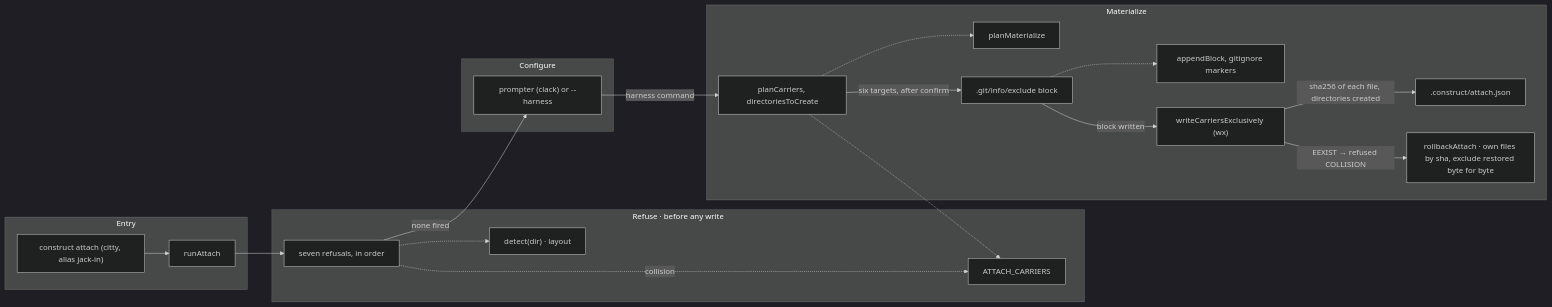
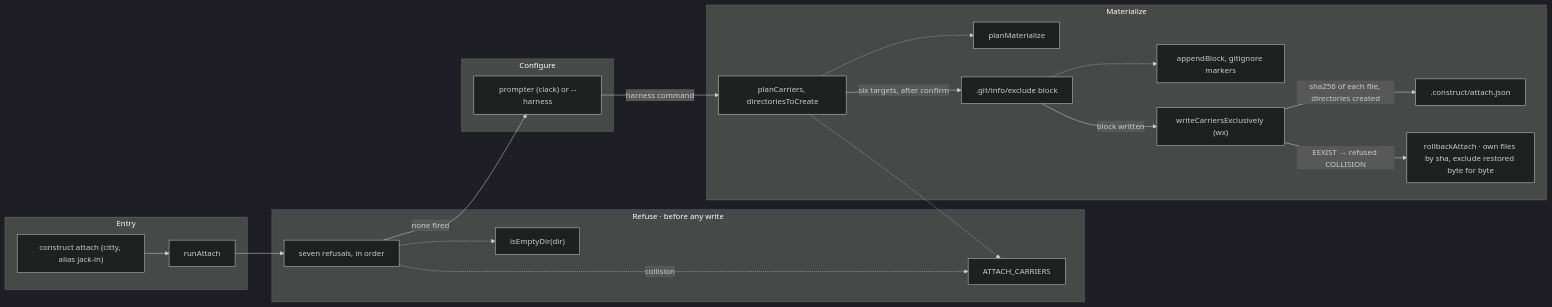
The diagram in architecture/attach.md (E1i/mikoshi-construct), drawn with Mermaid (dark theme) before and after one commit. The commit also changed 11 other files, not shown here.

````diff
--- a/architecture/attach.md
+++ b/architecture/attach.md
@@ -10,37 +10,37 @@
 ```mermaid
 flowchart LR
   subgraph b_entry["Entry"]
     cli["construct attach (citty, alias jack-in)"]
     run["runAttach"]
   end
   subgraph b_refuse["Refuse · before any write"]
     refusals["seven refusals, in order"]
-    detect["detect(dir) · layout"]
+    detect["isEmptyDir(dir)"]
     carrierset["ATTACH_CARRIERS"]
   end
   subgraph b_configure["Configure"]
     prompts["prompter (clack) or --harness"]
   end
   subgraph b_materialize["Materialize"]
     carriers["planCarriers, directoriesToCreate"]
     plan["planMaterialize"]
     exclude[".git/info/exclude block"]
     strategies["appendBlock, gitignore markers"]
     apply["writeCarriersExclusively (wx)"]
     record[".construct/attach.json"]
     rollback["rollbackAttach · own files by sha, exclude restored byte for byte"]
   end
   cli --> run
   run --> refusals
   refusals -.-> detect
   refusals -.->|"collision"| carrierset
   refusals -->|"none fired"| prompts
   prompts -->|"harness command"| carriers
   carriers -.-> plan
   carriers -.-> carrierset
   carriers -->|"six targets, after confirm"| exclude
   exclude -.-> strategies
   exclude -->|"block written"| apply
   apply -->|"sha256 of each file, directories created"| record
   apply -->|"EEXIST → refused COLLISION"| rollback
 ```
````
